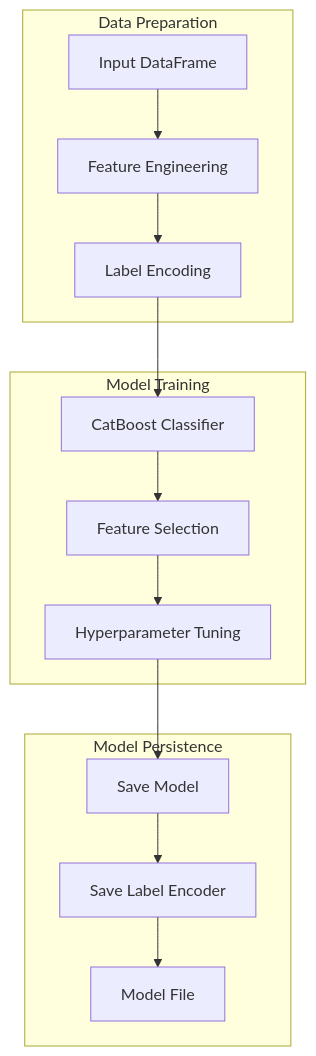
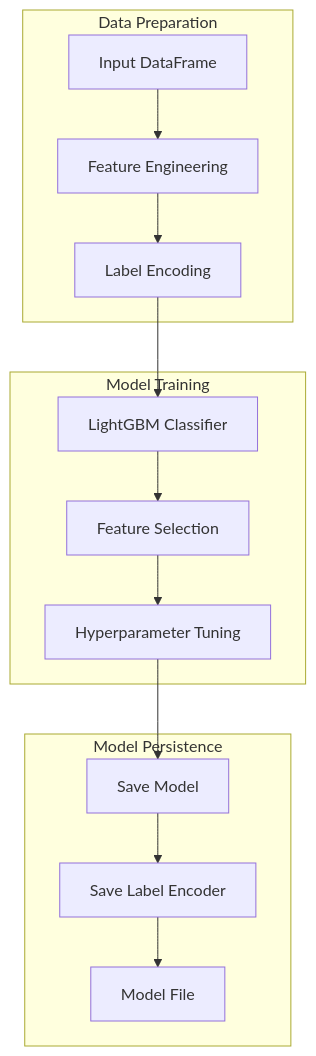
Before and after one commit to ksmadhavareddy/recon-ai: the seventh of 21 diagrams in docs/DIAGRAMS.md, drawn with Mermaid. The commit also changed 7 other files, not shown here.

First line of the commit message:
docs: update all documentation from CatBoost to LightGBM

````diff
--- a/docs/DIAGRAMS.md
+++ b/docs/DIAGRAMS.md
@@ -191,29 +191,29 @@
 ```mermaid
 graph TD
     subgraph "Data Preparation"
         A[Input DataFrame]
         B[Feature Engineering]
         C[Label Encoding]
     end
     
     subgraph "Model Training"
-        D[CatBoost Classifier]
+        D[LightGBM Classifier]
         E[Feature Selection]
         F[Hyperparameter Tuning]
     end
     
     subgraph "Model Persistence"
         G[Save Model]
         H[Save Label Encoder]
         I[Model File]
     end
     
     A --> B
     B --> C
     C --> D
     D --> E
     E --> F
     F --> G
     G --> H
     H --> I
 ```
````
